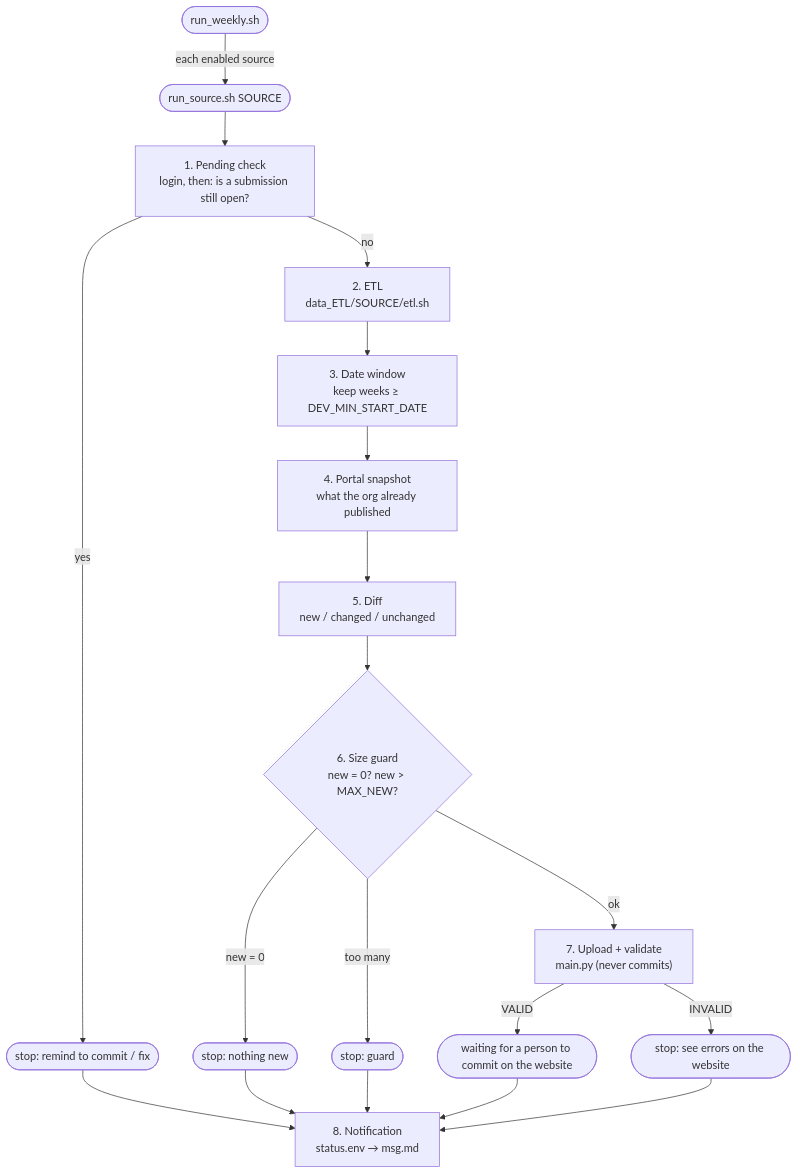
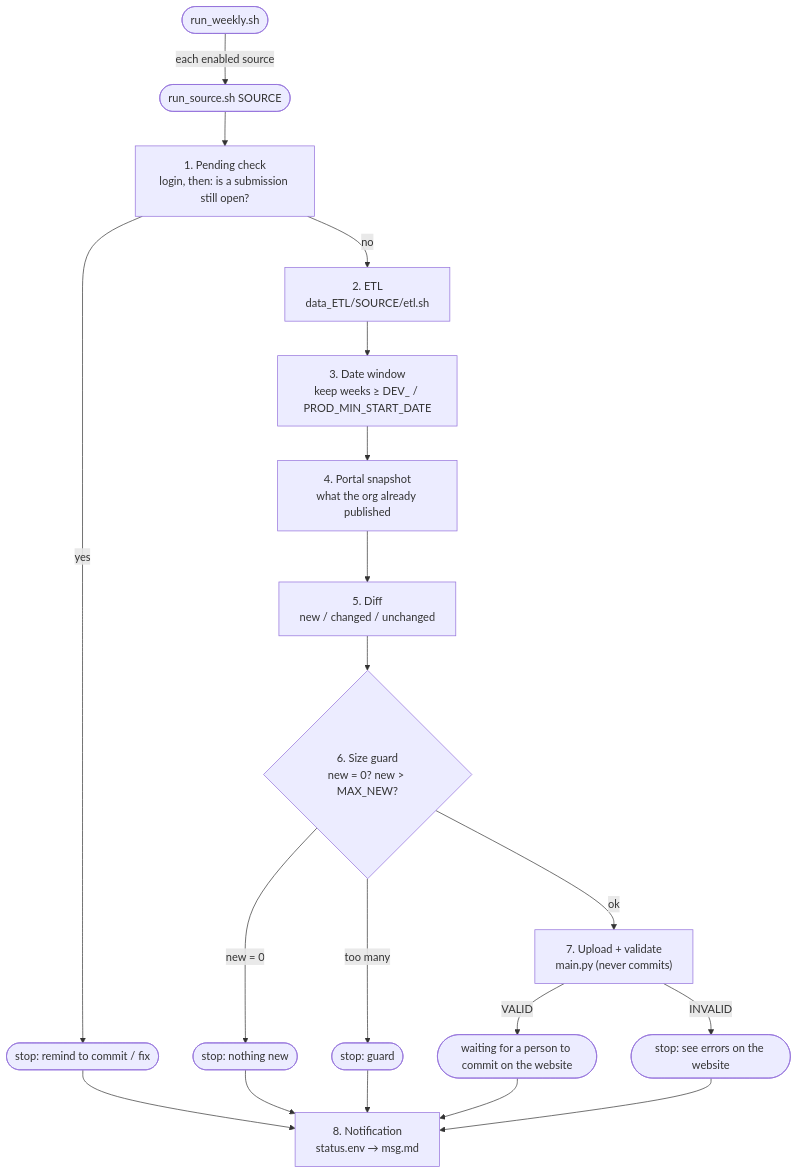
Before and after one commit to bfjia/iMicroSeqDataPorta_DataIngestion: the diagram in README.md, drawn with Mermaid. The commit also changed other lines of this file and 21 other files, not shown here.

First line of the commit message:
Support the prod portal alongside dev (dev stays the default)

````diff
--- a/README.md
+++ b/README.md
@@ -56,17 +58,17 @@
 ```mermaid
 flowchart TD
     W([run_weekly.sh]) -->|each enabled source| S([run_source.sh SOURCE])
     S --> P1["1. Pending check<br/>login, then: is a submission still open?"]
     P1 -->|"yes"| STOPW([stop: remind to commit / fix])
     P1 -->|"no"| P2["2. ETL<br/>data_ETL/SOURCE/etl.sh"]
-    P2 --> P3["3. Date window<br/>keep weeks ≥ DEV_MIN_START_DATE"]
+    P2 --> P3["3. Date window<br/>keep weeks ≥ DEV_ / PROD_MIN_START_DATE"]
     P3 --> P4["4. Portal snapshot<br/>what the org already published"]
     P4 --> P5["5. Diff<br/>new / changed / unchanged"]
     P5 --> P6{"6. Size guard<br/>new = 0? new > MAX_NEW?"}
     P6 -->|"new = 0"| STOPN([stop: nothing new])
     P6 -->|"too many"| STOPG([stop: guard])
     P6 -->|"ok"| P7["7. Upload + validate<br/>main.py (never commits)"]
     P7 -->|VALID| REV([waiting for a person to commit on the website])
     P7 -->|INVALID| INV([stop: see errors on the website])
     STOPW & STOPN & STOPG & REV & INV --> N["8. Notification<br/>status.env → msg.md"]
 ```
````
